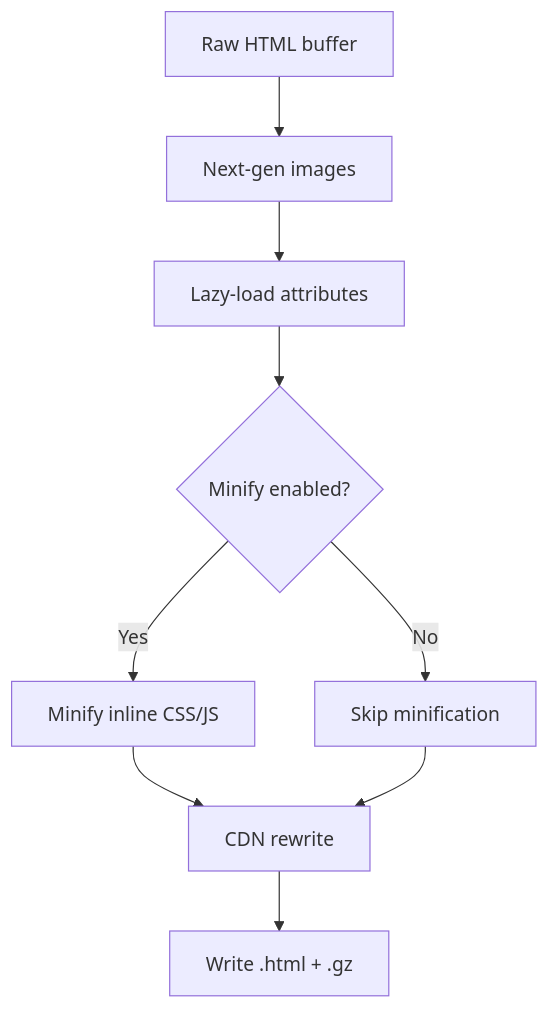
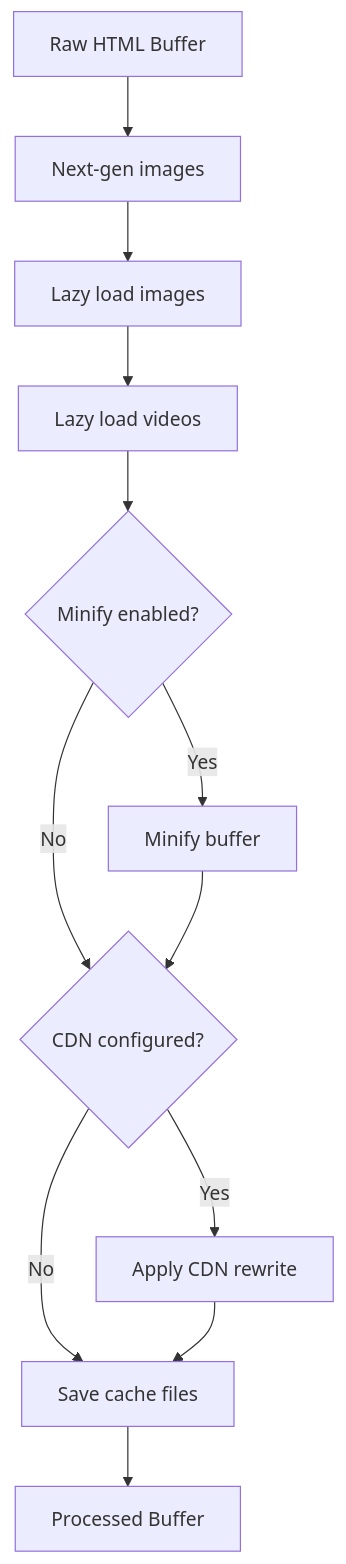
The fourth of 5 diagrams in .qoder/repowiki/en/content/Caching System/Dynamic Static HTML Caching.md (nilesh32236/performance-optimisation), drawn with Mermaid before and after one commit. The commit also changed other lines of this file and 46 other files, not shown here.

````diff
--- a/.qoder/repowiki/en/content/Caching System/Dynamic Static HTML Caching.md
+++ b/.qoder/repowiki/en/content/Caching System/Dynamic Static HTML Caching.md
@@ -172,11 +162,14 @@
 ```mermaid
 flowchart TD
-A["Raw HTML buffer"] --> B["Next-gen images"]
-B --> C["Lazy-load attributes"]
-C --> D{"Minify enabled?"}
-D --> |Yes| E["Minify inline CSS/JS"]
-D --> |No| F["Skip minification"]
-E --> G["CDN rewrite"]
-F --> G
-G --> H["Write .html + .gz"]
+BufferIn["Raw HTML Buffer"] --> NextGen["Next-gen images"]
+NextGen --> LazyImg["Lazy load images"]
+LazyImg --> LazyVid["Lazy load videos"]
+LazyVid --> MinifyCheck{"Minify enabled?"}
+MinifyCheck --> |Yes| Minify["Minify buffer"]
+MinifyCheck --> |No| CDNCheck{"CDN configured?"}
+Minify --> CDNCheck
+CDNCheck --> |Yes| CDN["Apply CDN rewrite"]
+CDNCheck --> |No| Save["Save cache files"]
+CDN --> Save
+Save --> BufferOut["Processed Buffer"]
 ```
````
